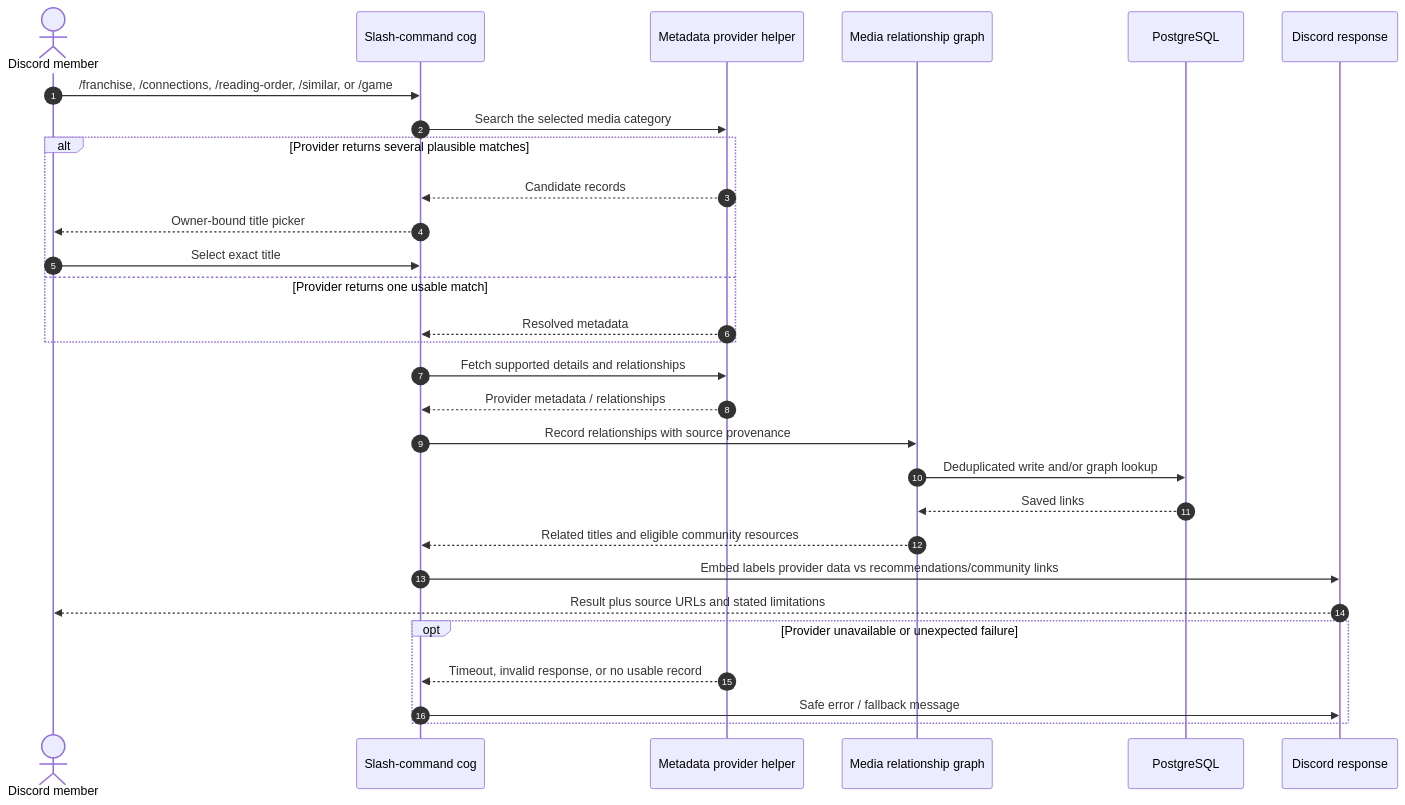
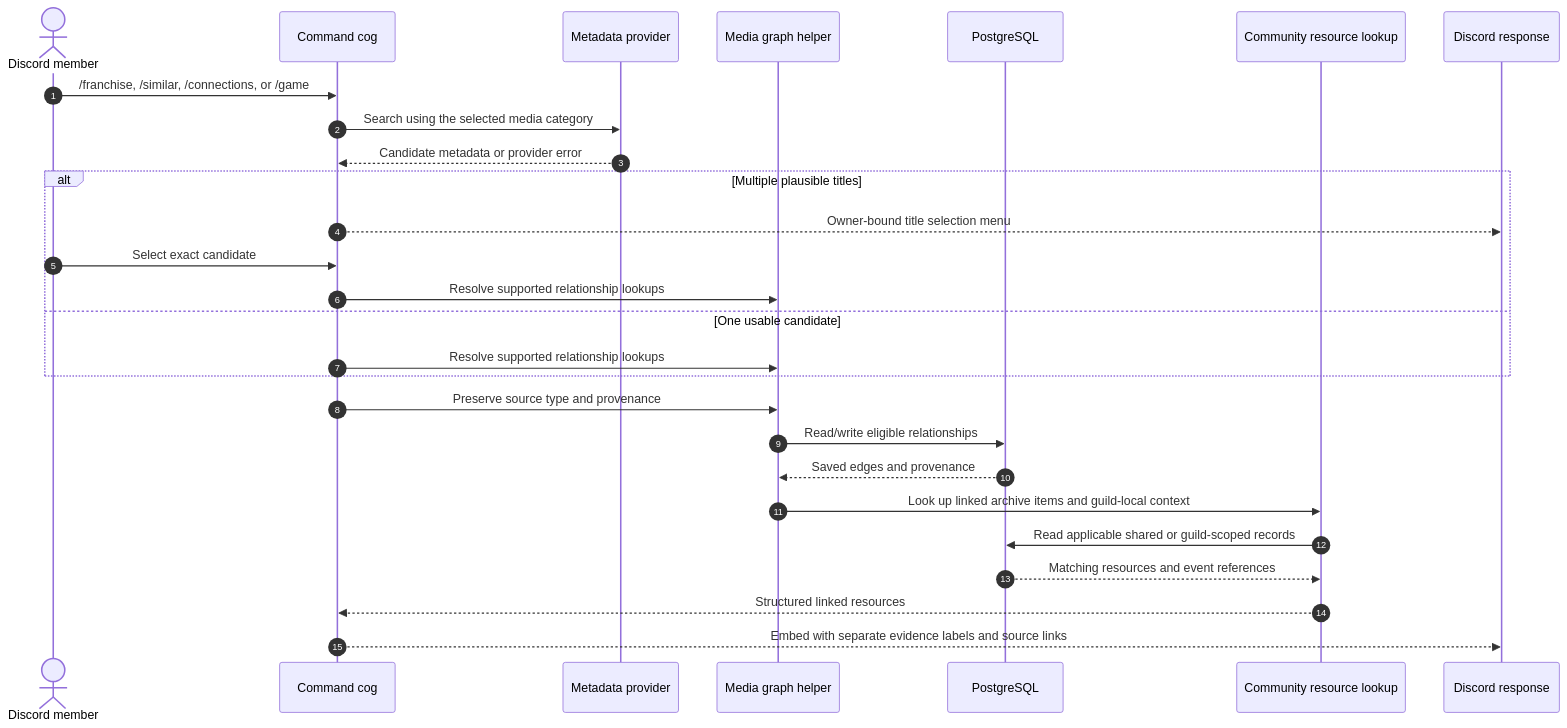
One commit to Kyerstorm/Lemegeton changed the second of 2 diagrams in README.md. Above: the diagram before and after it, drawn with Mermaid. The commit also changed other lines of this file, not shown here.

Commit message:
Revamp README with connected system architecture

```diff
--- a/README.md
+++ b/README.md
@@ -273,33 +317,30 @@
 ~~~mermaid
 sequenceDiagram
     autonumber
     actor User as Discord member
-    participant Cmd as Slash-command cog
-    participant Provider as Metadata provider helper
-    participant Graph as Media relationship graph
+    participant Cmd as Command cog
+    participant Provider as Metadata provider
+    participant Graph as Media graph helper
     participant DB as PostgreSQL
-    participant UI as Discord response
+    participant Resources as Community resource lookup
+    participant Discord as Discord response
 
-    User->>Cmd: /franchise, /connections, /reading-order, /similar, or /game
-    Cmd->>Provider: Search the selected media category
-    alt Provider returns several plausible matches
-        Provider-->>Cmd: Candidate records
-        Cmd-->>User: Owner-bound title picker
-        User->>Cmd: Select exact title
-    else Provider returns one usable match
-        Provider-->>Cmd: Resolved metadata
+    User->>Cmd: /franchise, /similar, /connections, or /game
+    Cmd->>Provider: Search using the selected media category
+    Provider-->>Cmd: Candidate metadata or provider error
+    alt Multiple plausible titles
+        Cmd-->>Discord: Owner-bound title selection menu
+        User->>Cmd: Select exact candidate
+        Cmd->>Graph: Resolve supported relationship lookups
+    else One usable candidate
+        Cmd->>Graph: Resolve supported relationship lookups
     end
-    Cmd->>Provider: Fetch supported details and relationships
-    Provider-->>Cmd: Provider metadata / relationships
-    Cmd->>Graph: Record relationships with source provenance
-    Graph->>DB: Deduplicated write and/or graph lookup
-    DB-->>Graph: Saved links
-    Graph-->>Cmd: Related titles and eligible community resources
-    Cmd->>UI: Embed labels provider data vs recommendations/community links
-    UI-->>User: Result plus source URLs and stated limitations
-
-    opt Provider unavailable or unexpected failure
-        Provider-->>Cmd: Timeout, invalid response, or no usable record
-        Cmd->>UI: Safe error / fallback message
-    end
+    Cmd->>Graph: Preserve source type and provenance
+    Graph->>DB: Read/write eligible relationships
+    DB-->>Graph: Saved edges and provenance
+    Graph->>Resources: Look up linked archive items and guild-local context
+    Resources->>DB: Read applicable shared or guild-scoped records
+    DB-->>Resources: Matching resources and event references
+    Resources-->>Cmd: Structured linked resources
+    Cmd-->>Discord: Embed with separate evidence labels and source links
 ~~~
```
